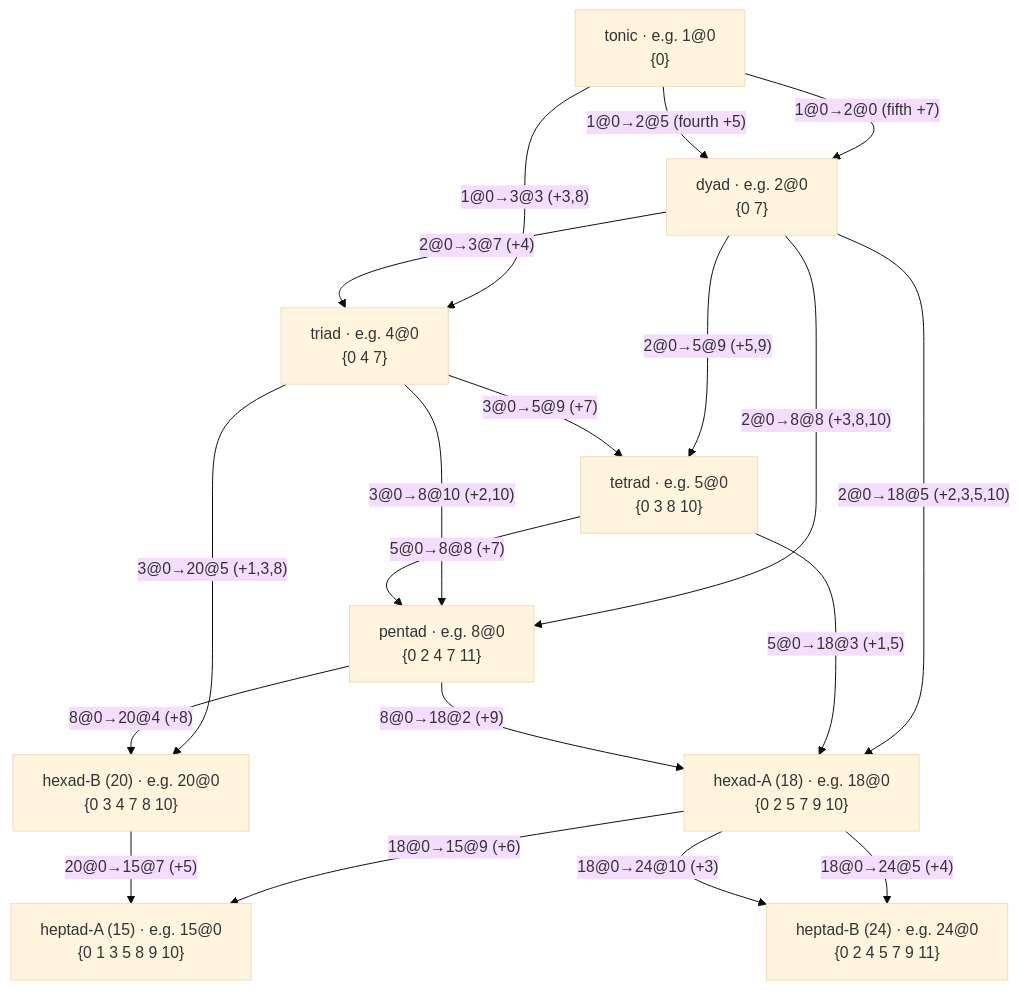
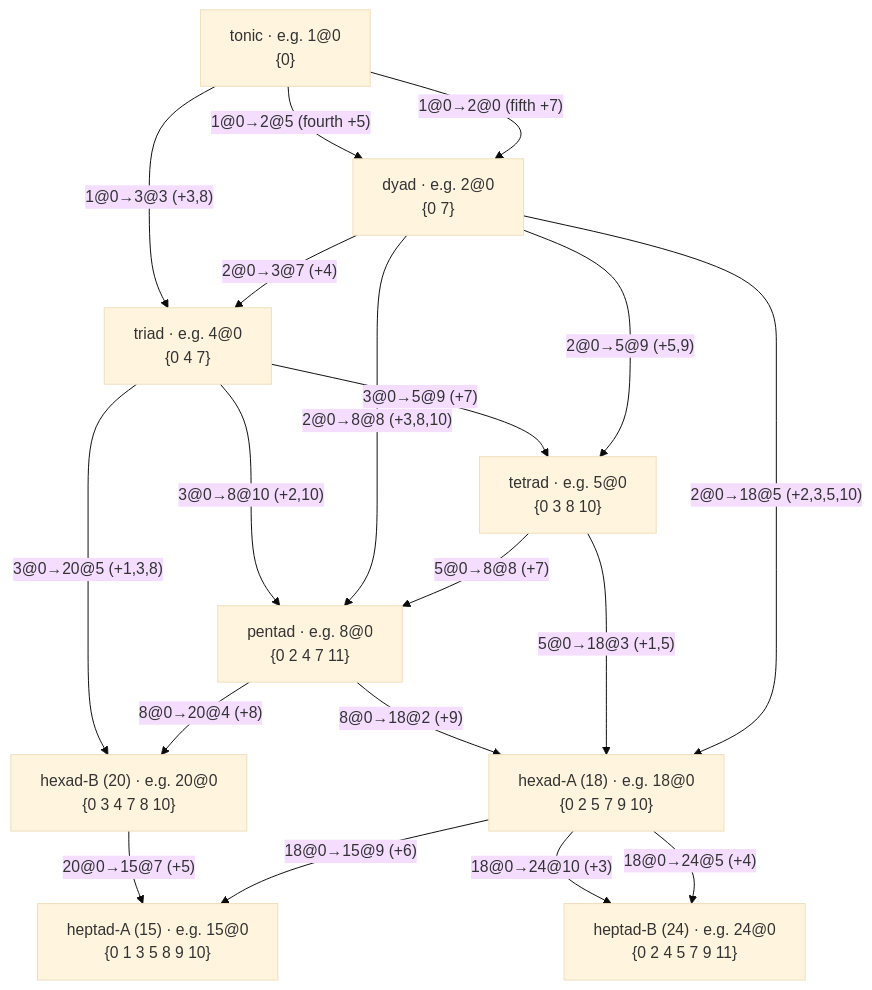
The first of 4 diagrams in website/docs/music/voicings-and-placements.mdx (jkvastad/Melodroid-3), drawn with Mermaid (base theme) before and after one commit. The commit also changed other lines of this file, not shown here.

````diff
--- a/website/docs/music/voicings-and-placements.mdx
+++ b/website/docs/music/voicings-and-placements.mdx
@@ -90,31 +84,31 @@
 ```mermaid
 flowchart TD
     S1["tonic · e.g. 1@0<br/>{0}"]
     S2["dyad · e.g. 2@0<br/>{0 7}"]
     S3["triad · e.g. 4@0<br/>{0 4 7}"]
     S5["tetrad · e.g. 5@0<br/>{0 3 8 10}"]
     S8["pentad · e.g. 8@0<br/>{0 2 4 7 11}"]
     H18["hexad-A (18) · e.g. 18@0<br/>{0 2 5 7 9 10}"]
     H20["hexad-B (20) · e.g. 20@0<br/>{0 3 4 7 8 10}"]
     P15["heptad-A (15) · e.g. 15@0<br/>{0 1 3 5 8 9 10}"]
     P24["heptad-B (24) · e.g. 24@0<br/>{0 2 4 5 7 9 11}"]
 
     S1 -- "1@0→2@0 (fifth +7)" --> S2
     S1 -- "1@0→2@5 (fourth +5)" --> S2
+    S2 -- "2@0→3@7 (+4)" --> S3
     S1 -- "1@0→3@3 (+3,8)" --> S3
-    S2 -- "2@0→3@7 (+4)" --> S3
     S2 -- "2@0→5@9 (+5,9)" --> S5
+    S5 -- "5@0→8@8 (+7)" --> S8
     S2 -- "2@0→8@8 (+3,8,10)" --> S8
     S2 -- "2@0→18@5 (+2,3,5,10)" --> H18
     S3 -- "3@0→5@9 (+7)" --> S5
     S3 -- "3@0→8@10 (+2,10)" --> S8
+    S8 -- "8@0→20@4 (+8)" --> H20
     S3 -- "3@0→20@5 (+1,3,8)" --> H20
-    S5 -- "5@0→8@8 (+7)" --> S8
     S5 -- "5@0→18@3 (+1,5)" --> H18
     S8 -- "8@0→18@2 (+9)" --> H18
-    S8 -- "8@0→20@4 (+8)" --> H20
     H18 -- "18@0→15@9 (+6)" --> P15
     H18 -- "18@0→24@5 (+4)" --> P24
     H18 -- "18@0→24@10 (+3)" --> P24
     H20 -- "20@0→15@7 (+5)" --> P15
 ```
````
